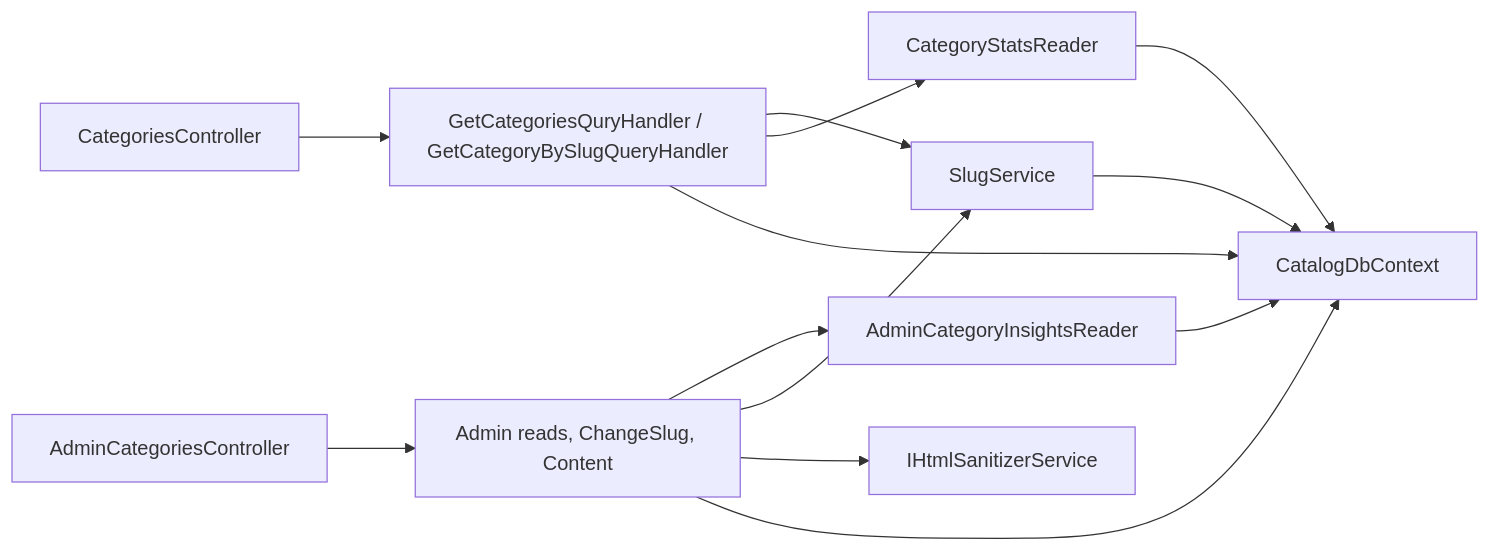
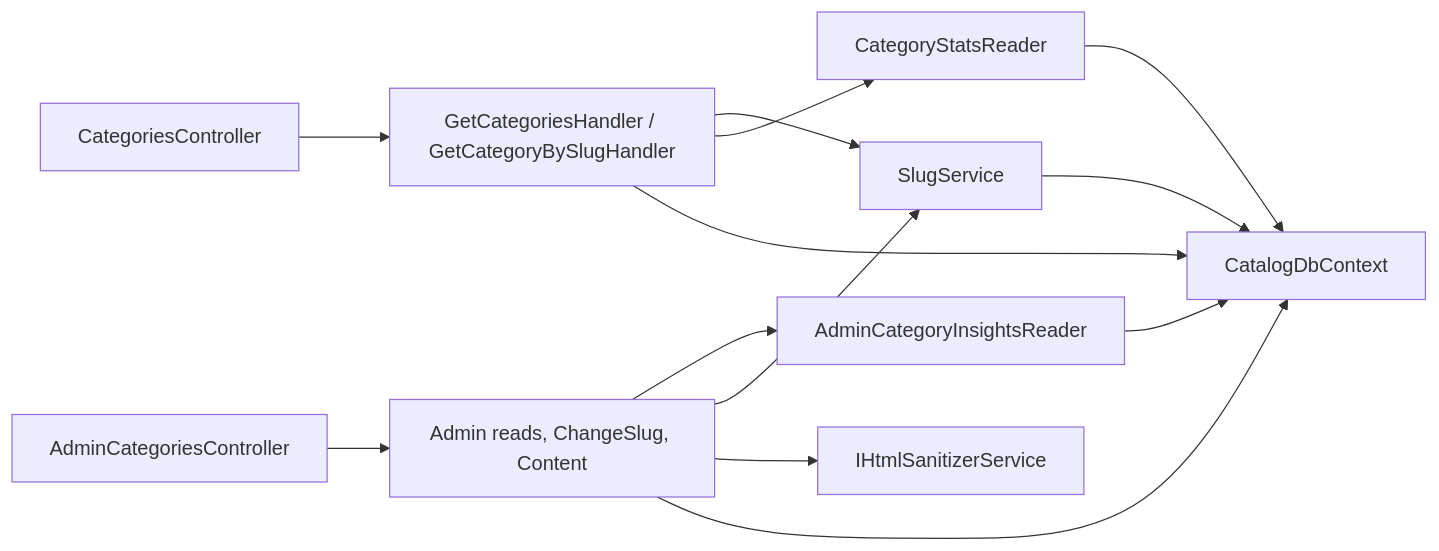
Before and after one commit to Weretik/KedrStore: the diagram in docs/sdd/features/catalog/categories.md, drawn with Mermaid. The commit also changed other lines of this file and 963 other files, not shown here.

````diff
--- a/docs/sdd/features/catalog/categories.md
+++ b/docs/sdd/features/catalog/categories.md
@@ -50,11 +50,11 @@
 ```mermaid
 flowchart LR
-    A["CategoriesController"] --> C["GetCategoriesQuryHandler / GetCategoryBySlugQueryHandler"]
+    A["CategoriesController"] --> C["GetCategoriesHandler / GetCategoryBySlugHandler"]
     B["AdminCategoriesController"] --> D["Admin reads, ChangeSlug, Content"]
     C --> S["SlugService"]
     C --> T["CategoryStatsReader"]
     D --> I["AdminCategoryInsightsReader"]
     D --> S
     D --> H["IHtmlSanitizerService"]
     C & D & S & T & I --> F["CatalogDbContext"]
 ```
````
